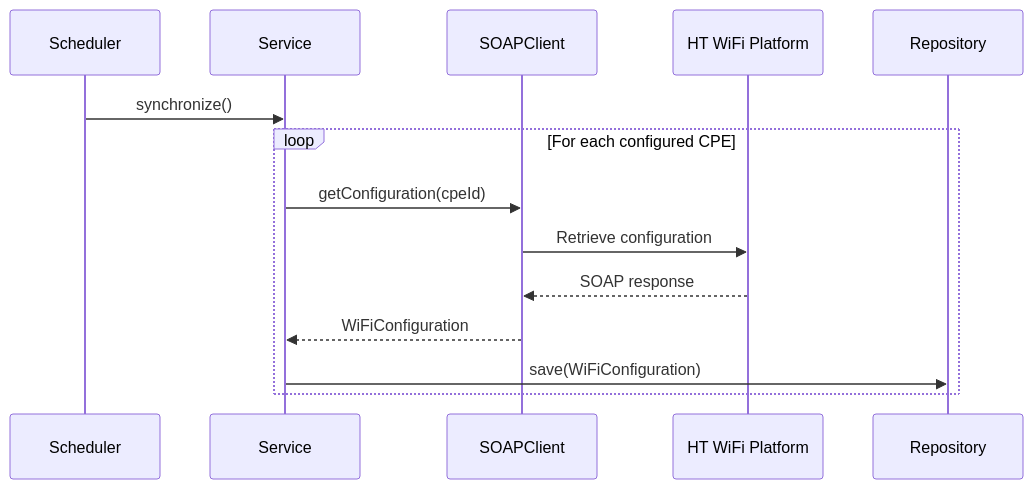
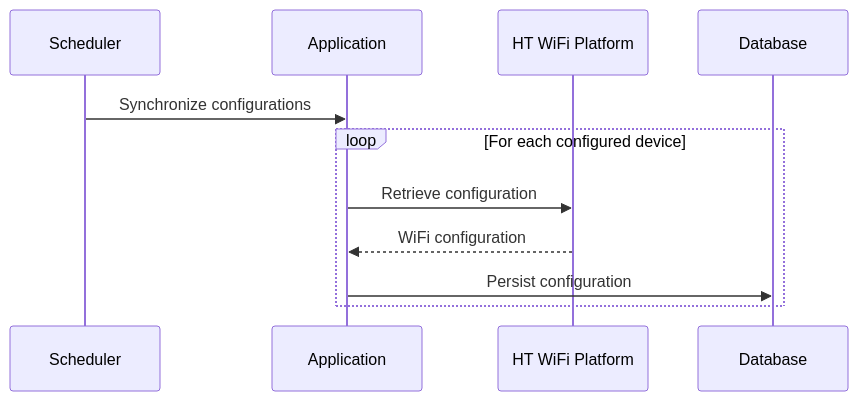
One commit to meowpow-png/wifi-admin changed the fourth of 4 diagrams in docs/ARCHITECTURE.md. Above: the diagram before and after it, drawn with Mermaid. The commit also changed other lines of this file and 1 other file, not shown here.

````diff
--- a/docs/ARCHITECTURE.md
+++ b/docs/ARCHITECTURE.md
@@ -154,19 +127,16 @@
 ```mermaid
 sequenceDiagram
     participant Scheduler
-    participant Service
-    participant SOAPClient
+    participant Application
     participant Platform as HT WiFi Platform
-    participant Repository
+    participant Database
 
-    Scheduler->>Service: synchronize()
+    Scheduler->>Application: Synchronize configurations
 
-    loop For each configured CPE
-        Service->>SOAPClient: getConfiguration(cpeId)
-        SOAPClient->>Platform: Retrieve configuration
-        Platform-->>SOAPClient: SOAP response
-        SOAPClient-->>Service: WiFiConfiguration
+    loop For each configured device
+        Application->>Platform: Retrieve configuration
+        Platform-->>Application: WiFi configuration
 
-        Service->>Repository: save(WiFiConfiguration)
+        Application->>Database: Persist configuration
     end
 ```
````
